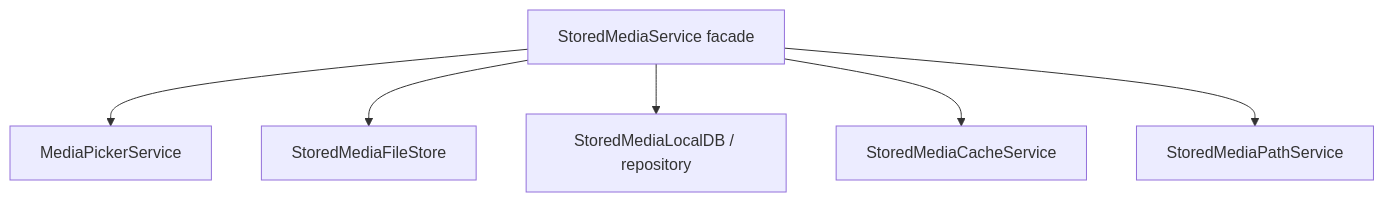
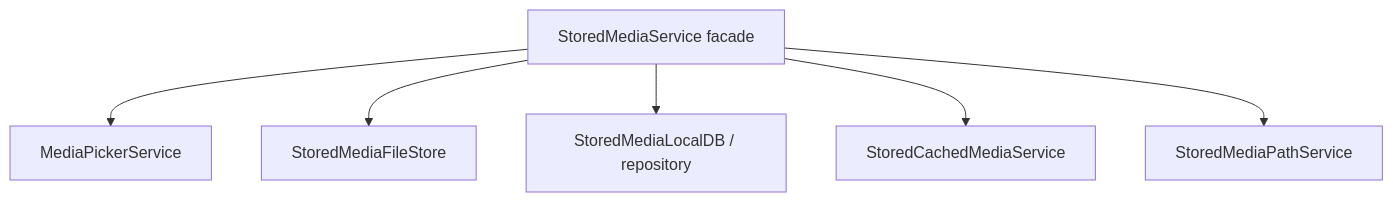
Before and after one commit to GuyWithBag/boo_mondai: diagram 14 of 18 in documentation/refactor/stored_media_sync_refactor_graphs.md, drawn with Mermaid. The commit also changed other lines of this file and 17 other files, not shown here.

````diff
--- a/documentation/refactor/stored_media_sync_refactor_graphs.md
+++ b/documentation/refactor/stored_media_sync_refactor_graphs.md
@@ -324,10 +324,10 @@
 ```mermaid
 flowchart TD
     StoredMediaFacade["StoredMediaService facade"]
 
     StoredMediaFacade --> MediaPicker["MediaPickerService"]
     StoredMediaFacade --> FileStore["StoredMediaFileStore"]
     StoredMediaFacade --> MetadataRepo["StoredMediaLocalDB / repository"]
-    StoredMediaFacade --> CacheService["StoredMediaCacheService"]
+    StoredMediaFacade --> CacheService["StoredCachedMediaService"]
     StoredMediaFacade --> PathService["StoredMediaPathService"]
 ```
````
